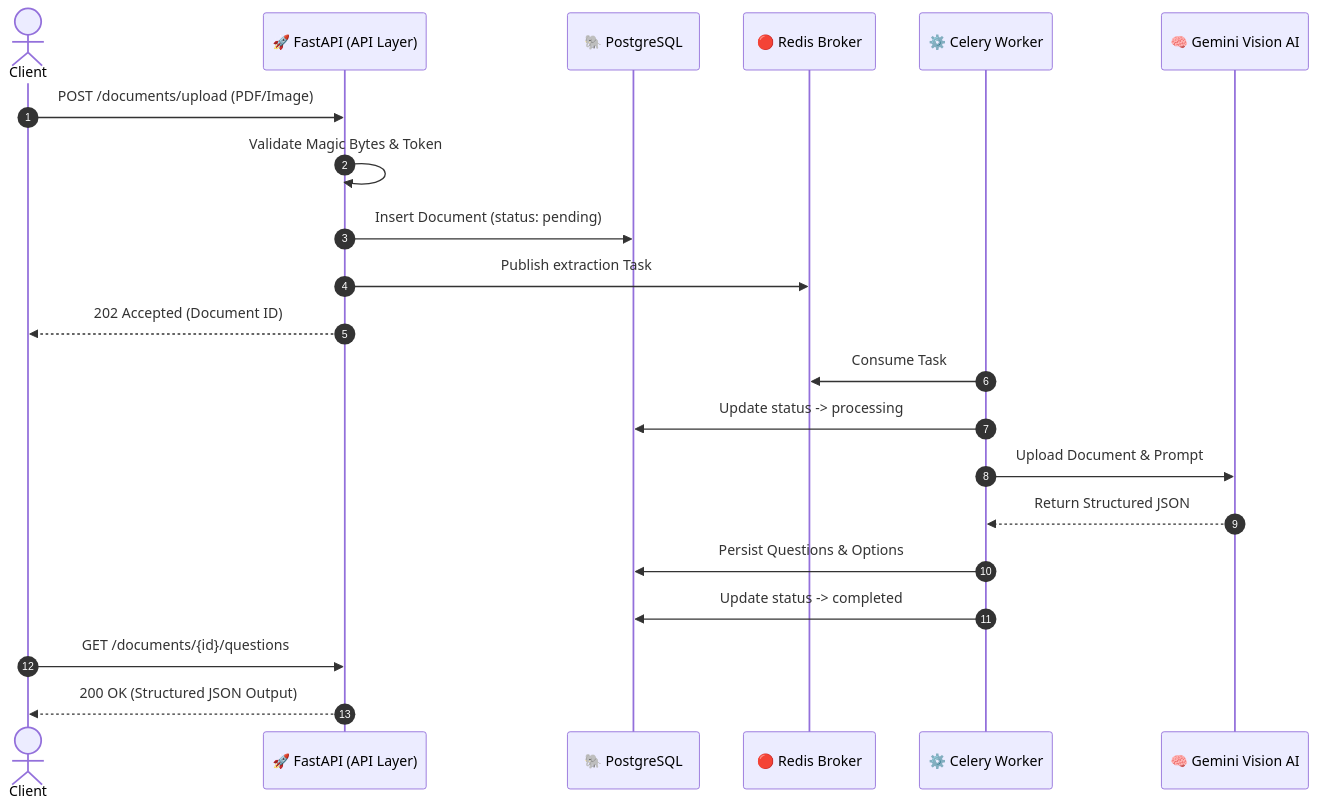
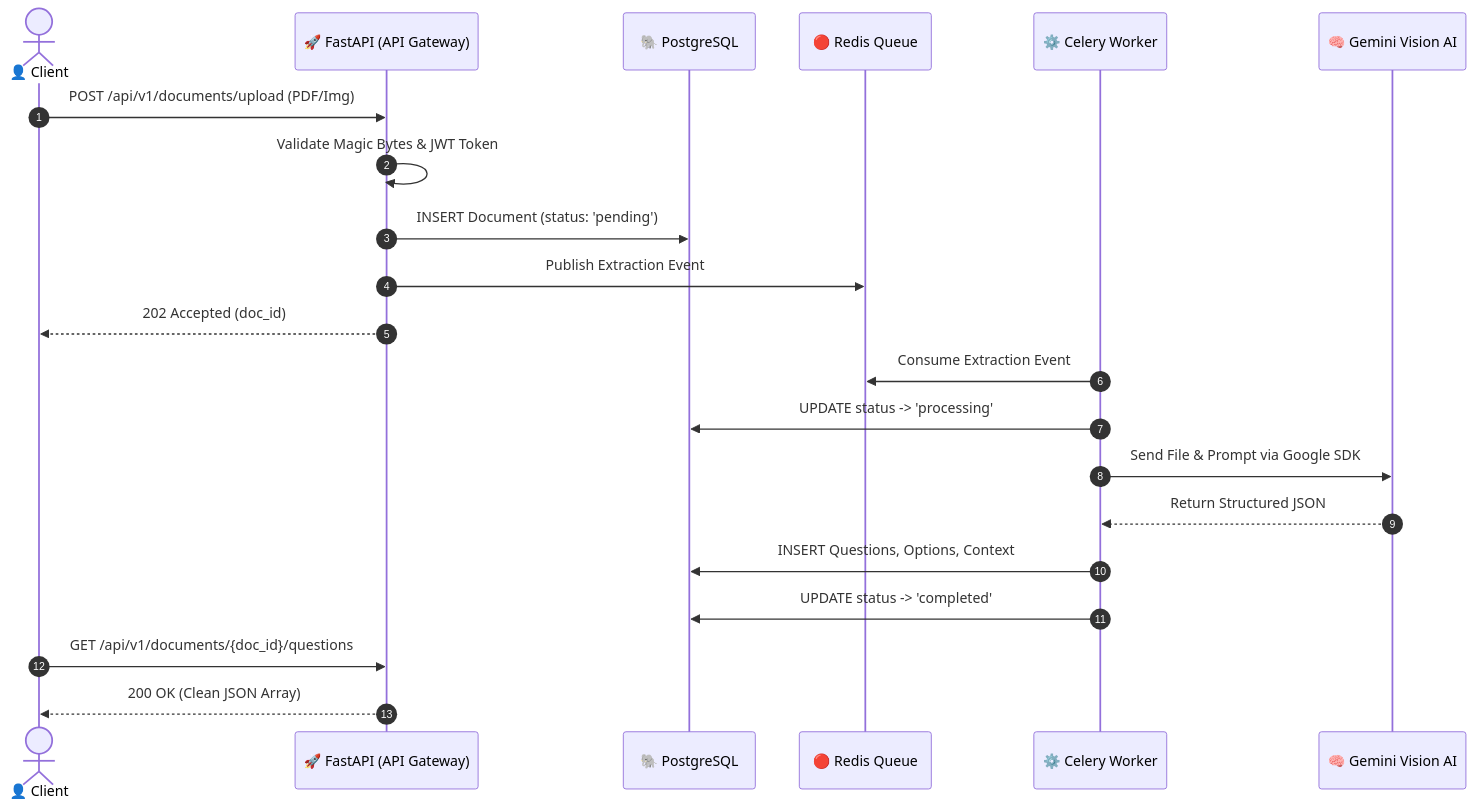
The first of 2 diagrams in README.md (ruthwik-thotapelli/document-intelligence-question-extraction-service), drawn with Mermaid before and after one commit. The commit also changed other lines of this file, not shown here.

````diff
--- a/README.md
+++ b/README.md
@@ -40,26 +49,26 @@
 ```mermaid
 sequenceDiagram
     autonumber
-    actor Client
-    participant API as 🚀 FastAPI (API Layer)
+    actor User as 👤 Client
+    participant API as 🚀 FastAPI (API Gateway)
     participant DB as 🐘 PostgreSQL
-    participant Redis as 🔴 Redis Broker
-    participant Worker as ⚙️ Celery Worker
-    participant Gemini as 🧠 Gemini Vision AI
+    participant Redis as 🔴 Redis Queue
+    participant Celery as ⚙️ Celery Worker
+    participant AI as 🧠 Gemini Vision AI
 
-    Client->>API: POST /documents/upload (PDF/Image)
-    API->>API: Validate Magic Bytes & Token
-    API->>DB: Insert Document (status: pending)
-    API->>Redis: Publish extraction Task
-    API-->>Client: 202 Accepted (Document ID)
+    User->>API: POST /api/v1/documents/upload (PDF/Img)
+    API->>API: Validate Magic Bytes & JWT Token
+    API->>DB: INSERT Document (status: 'pending')
+    API->>Redis: Publish Extraction Event
+    API-->>User: 202 Accepted (doc_id)
     
-    Worker->>Redis: Consume Task
-    Worker->>DB: Update status -> processing
-    Worker->>Gemini: Upload Document & Prompt
-    Gemini-->>Worker: Return Structured JSON
-    Worker->>DB: Persist Questions & Options
-    Worker->>DB: Update status -> completed
+    Celery->>Redis: Consume Extraction Event
+    Celery->>DB: UPDATE status -> 'processing'
+    Celery->>AI: Send File & Prompt via Google SDK
+    AI-->>Celery: Return Structured JSON
+    Celery->>DB: INSERT Questions, Options, Context
+    Celery->>DB: UPDATE status -> 'completed'
     
-    Client->>API: GET /documents/{id}/questions
-    API-->>Client: 200 OK (Structured JSON Output)
+    User->>API: GET /api/v1/documents/{doc_id}/questions
+    API-->>User: 200 OK (Clean JSON Array)
 ```
````
